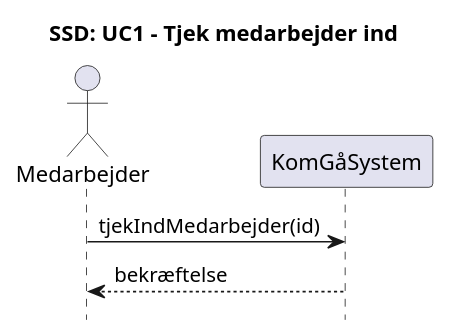
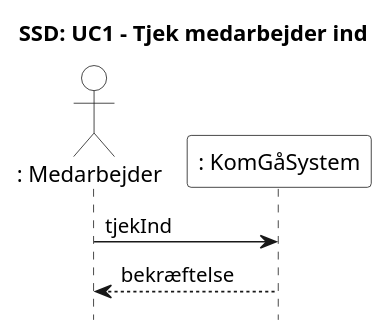
The diagram in Artifacts/SSD/ssd-uc1-tjek-medarbejder-ind.puml (albla20/HydacTeamA4), drawn with PlantUML before and after one commit. The commit also changed 8 other files, not shown here.

```diff
--- a/Artifacts/SSD/ssd-uc1-tjek-medarbejder-ind.puml
+++ b/Artifacts/SSD/ssd-uc1-tjek-medarbejder-ind.puml
@@ -1,13 +1,13 @@
 @startuml UC1
 title SSD: UC1 - Tjek medarbejder ind
 hide footbox
 skinparam sequenceMessageAlign left
 skinparam responseMessageBelowArrow true
 
-actor "Medarbejder" as med
-participant "KomGåSystem" as sys
+actor ": Medarbejder" as med #White
+participant ": KomGåSystem" as sys #White
 
-med -> sys : tjekIndMedarbejder(id)
+med -> sys : tjekInd
 sys --> med : bekræftelse
 
 @enduml
```
